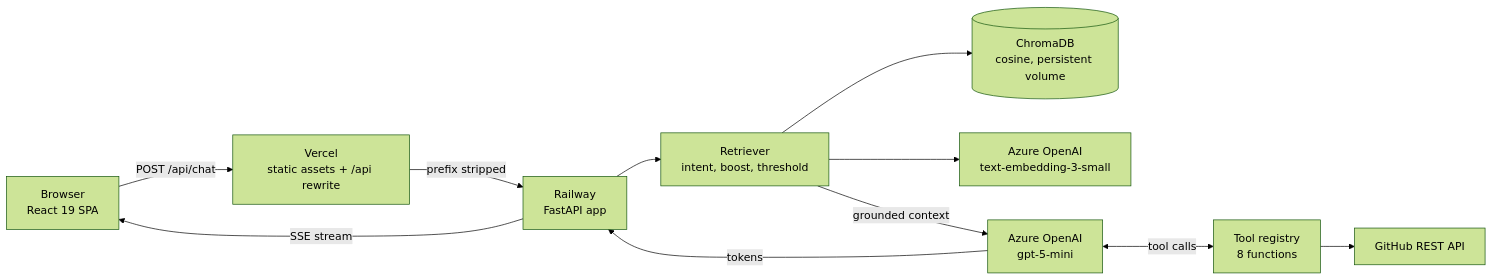
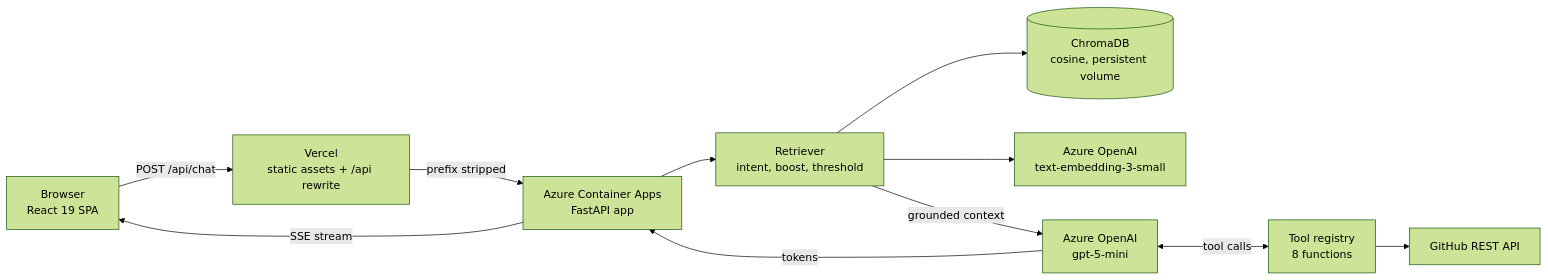
One commit to DataScienceVishal/ai-professional-twin changed the first of 2 diagrams in README.md. Above: the diagram before and after it, drawn with Mermaid (forest theme). The commit also changed other lines of this file, not shown here.

````diff
--- a/README.md
+++ b/README.md
@@ -54,23 +54,23 @@
 ```mermaid
 flowchart LR
     B["Browser<br/>React 19 SPA"]
     V["Vercel<br/>static assets + /api rewrite"]
-    F["Railway<br/>FastAPI app"]
+    F["Azure Container Apps<br/>FastAPI app"]
     R["Retriever<br/>intent, boost, threshold"]
     C[("ChromaDB<br/>cosine, persistent volume")]
     E["Azure OpenAI<br/>text-embedding-3-small"]
     L["Azure OpenAI<br/>gpt-5-mini"]
     T["Tool registry<br/>8 functions"]
     G["GitHub REST API"]
 
     B -->|"POST /api/chat"| V
     V -->|"prefix stripped"| F
     F --> R
     R --> E
     R --> C
     R -->|"grounded context"| L
     L <-->|"tool calls"| T
     T --> G
     L -->|"tokens"| F
     F -->|"SSE stream"| B
 ```
````
